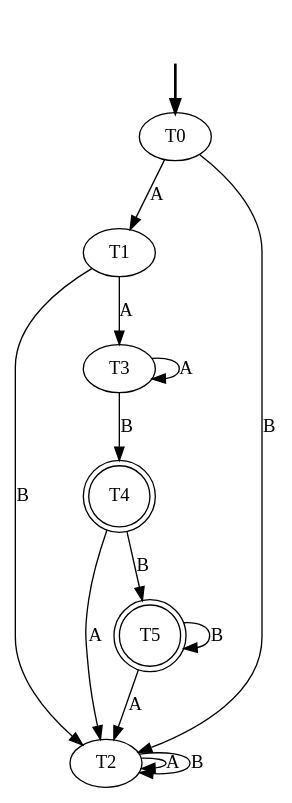
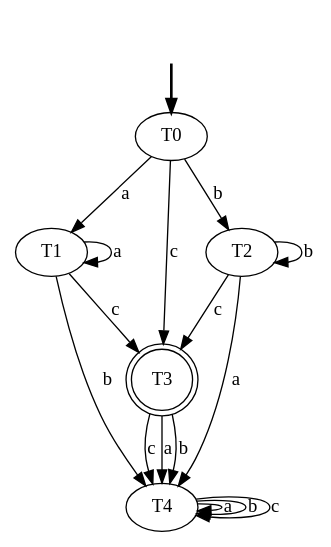
The diagram in Lexer/cache/dotreptmp.dot (LuisDiego19FV/Proyecto_Compiladores), drawn with Graphviz before and after one commit. The commit also changed 34 other files, not shown here.

```diff
--- a/Lexer/cache/dotreptmp.dot
+++ b/Lexer/cache/dotreptmp.dot
@@ -1,23 +1,25 @@
 digraph {
     fake0 [style=invisible]
     T0 [root=true]
     fake0 -> T0 [style=bold]
     T0
     T1
     T2
-    T3
-    T4 [shape=doublecircle]
-    T5 [shape=doublecircle]
-    T0 -> T1 [label="A"]
-    T0 -> T2 [label="B"]
-    T1 -> T3 [label="A"]
-    T1 -> T2 [label="B"]
-    T2 -> T2 [label="A"]
-    T2 -> T2 [label="B"]
-    T3 -> T3 [label="A"]
-    T3 -> T4 [label="B"]
-    T4 -> T2 [label="A"]
-    T4 -> T5 [label="B"]
-    T5 -> T2 [label="A"]
-    T5 -> T5 [label="B"]
+    T3 [shape=doublecircle]
+    T4
+    T0 -> T1 [label="a"]
+    T0 -> T2 [label="b"]
+    T0 -> T3 [label="c"]
+    T1 -> T1 [label="a"]
+    T1 -> T4 [label="b"]
+    T1 -> T3 [label="c"]
+    T2 -> T4 [label="a"]
+    T2 -> T2 [label="b"]
+    T2 -> T3 [label="c"]
+    T3 -> T4 [label="a"]
+    T3 -> T4 [label="b"]
+    T3 -> T4 [label="c"]
+    T4 -> T4 [label="a"]
+    T4 -> T4 [label="b"]
+    T4 -> T4 [label="c"]
 }
```
